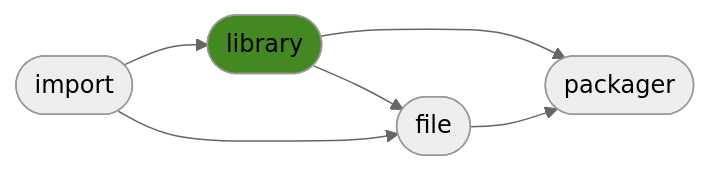
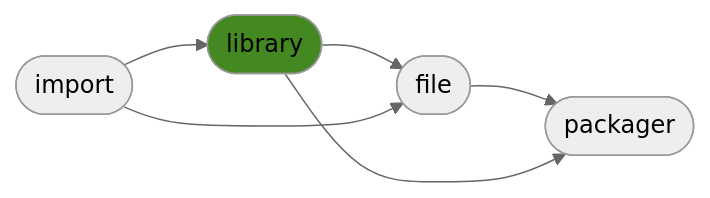
One commit to ManderaGeneral/generallibrary changed the diagram in README.md. Above: the diagram before and after it, drawn with Mermaid (neutral theme). The commit also changed other lines of this file, not shown here.

````diff
--- a/README.md
+++ b/README.md
@@ -24,13 +24,13 @@
 ```mermaid
 flowchart LR
+2([file]) --> 3([packager])
 1([library]) --> 2([file])
 0([import]) --> 1([library])
+0([import]) --> 2([file])
 1([library]) --> 3([packager])
-2([file]) --> 3([packager])
-0([import]) --> 2([file])
 click 0 "https://github.com/ManderaGeneral/generalimport"
 click 1 "https://github.com/ManderaGeneral/generallibrary"
 click 2 "https://github.com/ManderaGeneral/generalfile"
 click 3 "https://github.com/ManderaGeneral/generalpackager"
 style 1 fill:#482
 ```
````
